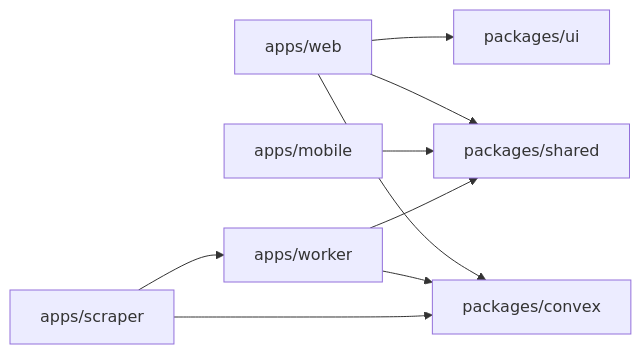
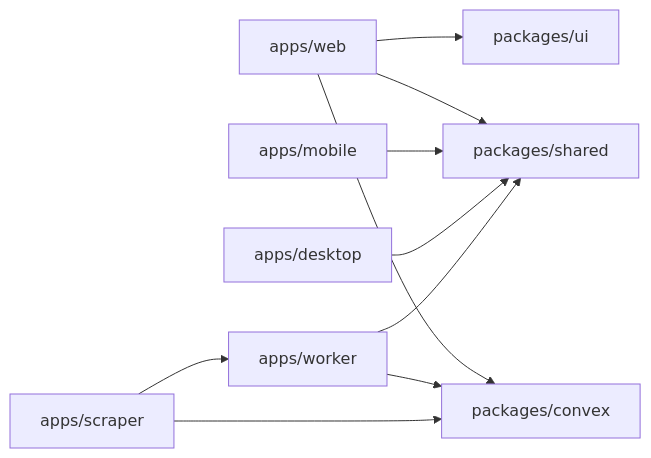
One commit to Fractal-Tess/react-monorepo changed the diagram in README.md. Above: the diagram before and after it, drawn with Mermaid. The commit also changed other lines of this file and 18 other files, not shown here.

````diff
--- a/README.md
+++ b/README.md
@@ -28,19 +29,21 @@
 ```mermaid
 flowchart LR
   web[apps/web]
   mobile[apps/mobile]
+  desktop[apps/desktop]
   worker[apps/worker]
   scraper[apps/scraper]
   convex[packages/convex]
   shared[packages/shared]
   ui[packages/ui]
 
   web --> convex
   web --> ui
   web --> shared
   mobile --> shared
+  desktop --> shared
   worker --> convex
   worker --> shared
   scraper --> convex
   scraper --> worker
 ```
````
